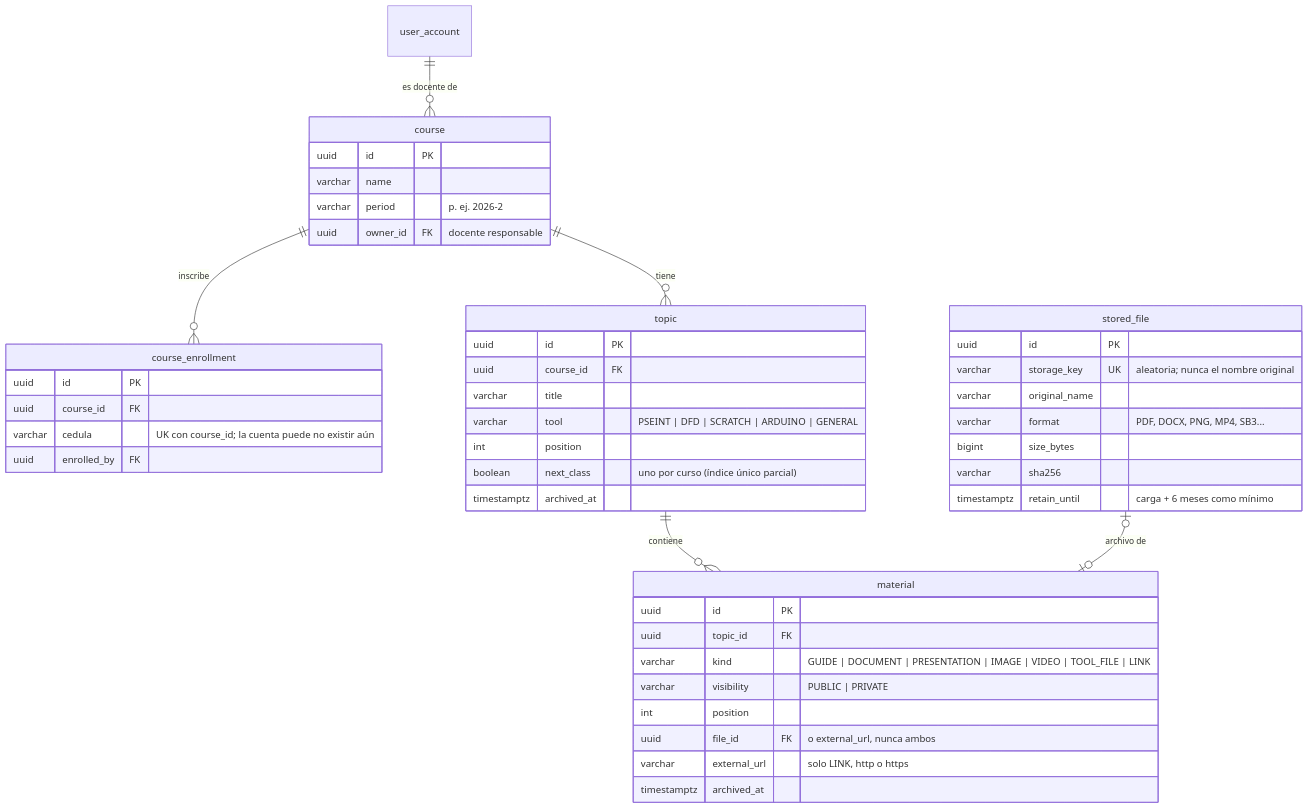
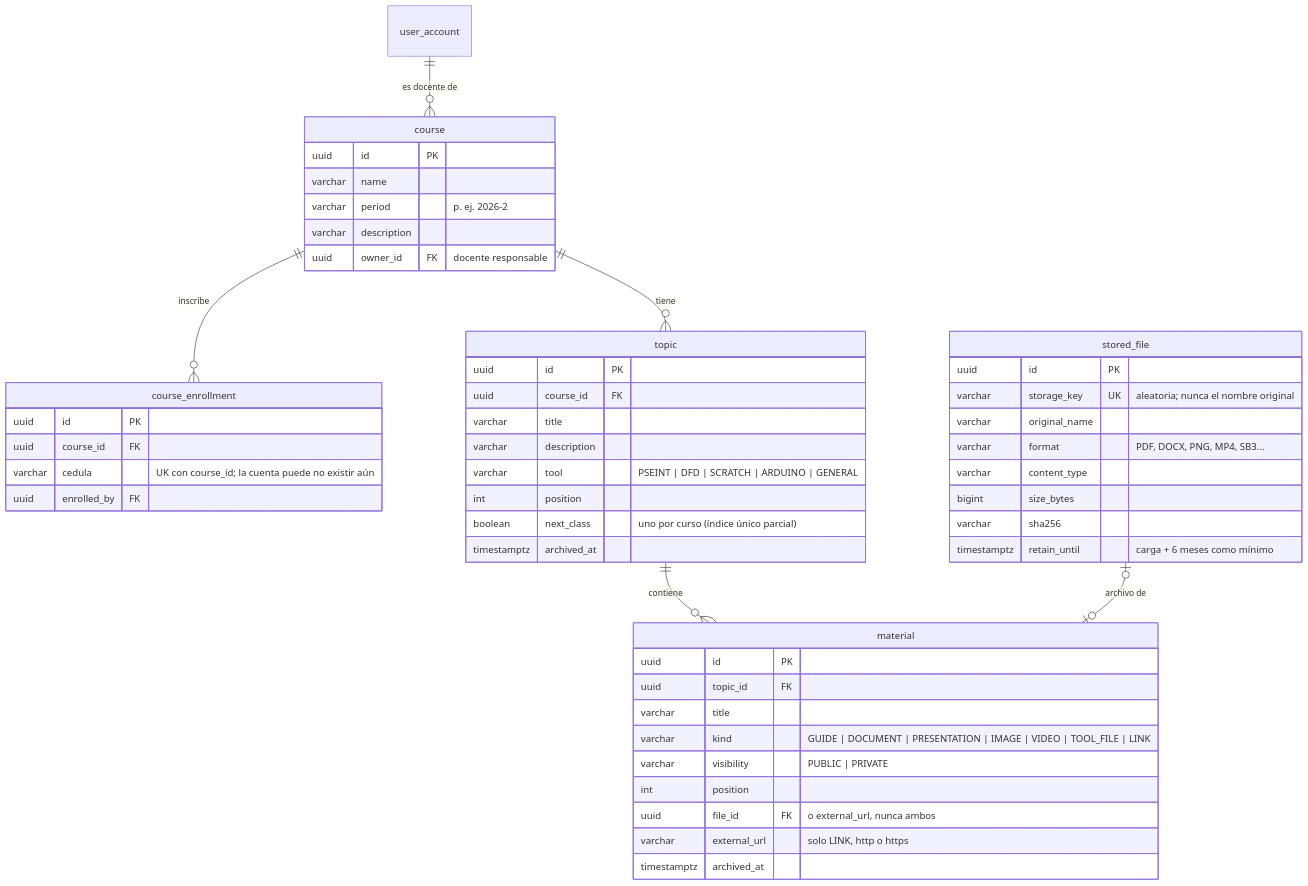
One commit to CarlosEscam/LogiCode-Up changed the third of 7 diagrams in docs/modelo-de-datos.md. Above: the diagram before and after it, drawn with Mermaid. The commit also changed other lines of this file and 39 other files, not shown here.

````diff
--- a/docs/modelo-de-datos.md
+++ b/docs/modelo-de-datos.md
@@ -102,49 +155,53 @@
 ```mermaid
 erDiagram
     user_account ||--o{ course : "es docente de"
     course ||--o{ course_enrollment : "inscribe"
     course ||--o{ topic : "tiene"
     topic ||--o{ material : "contiene"
     stored_file |o--o| material : "archivo de"
 
     course {
         uuid id PK
         varchar name
         varchar period "p. ej. 2026-2"
+        varchar description
         uuid owner_id FK "docente responsable"
     }
     course_enrollment {
         uuid id PK
         uuid course_id FK
         varchar cedula "UK con course_id; la cuenta puede no existir aún"
         uuid enrolled_by FK
     }
     topic {
         uuid id PK
         uuid course_id FK
         varchar title
+        varchar description
         varchar tool "PSEINT | DFD | SCRATCH | ARDUINO | GENERAL"
         int position
         boolean next_class "uno por curso (índice único parcial)"
         timestamptz archived_at
     }
     material {
         uuid id PK
         uuid topic_id FK
+        varchar title
         varchar kind "GUIDE | DOCUMENT | PRESENTATION | IMAGE | VIDEO | TOOL_FILE | LINK"
         varchar visibility "PUBLIC | PRIVATE"
         int position
         uuid file_id FK "o external_url, nunca ambos"
         varchar external_url "solo LINK, http o https"
         timestamptz archived_at
     }
     stored_file {
         uuid id PK
         varchar storage_key UK "aleatoria; nunca el nombre original"
         varchar original_name
         varchar format "PDF, DOCX, PNG, MP4, SB3..."
+        varchar content_type
         bigint size_bytes
         varchar sha256
         timestamptz retain_until "carga + 6 meses como mínimo"
     }
 ```
````
